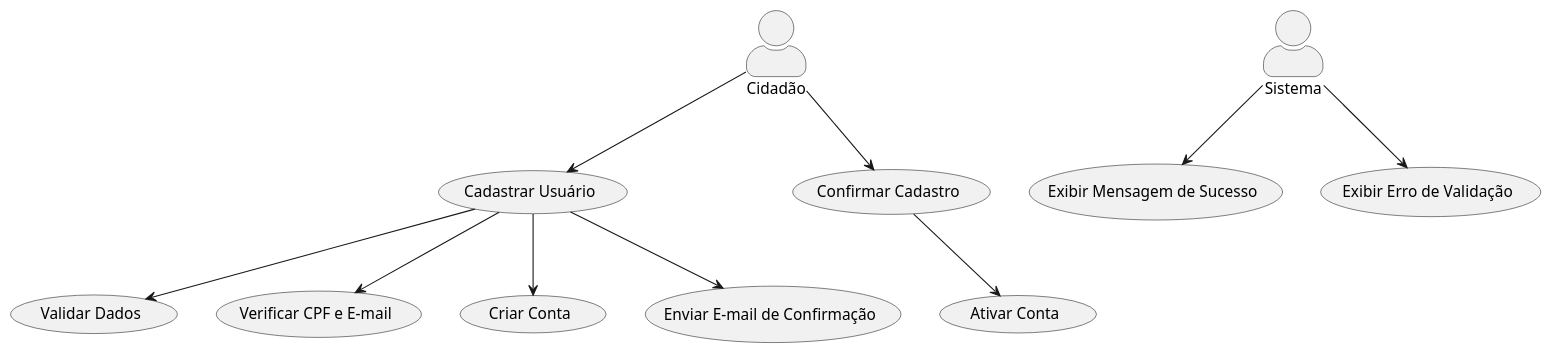
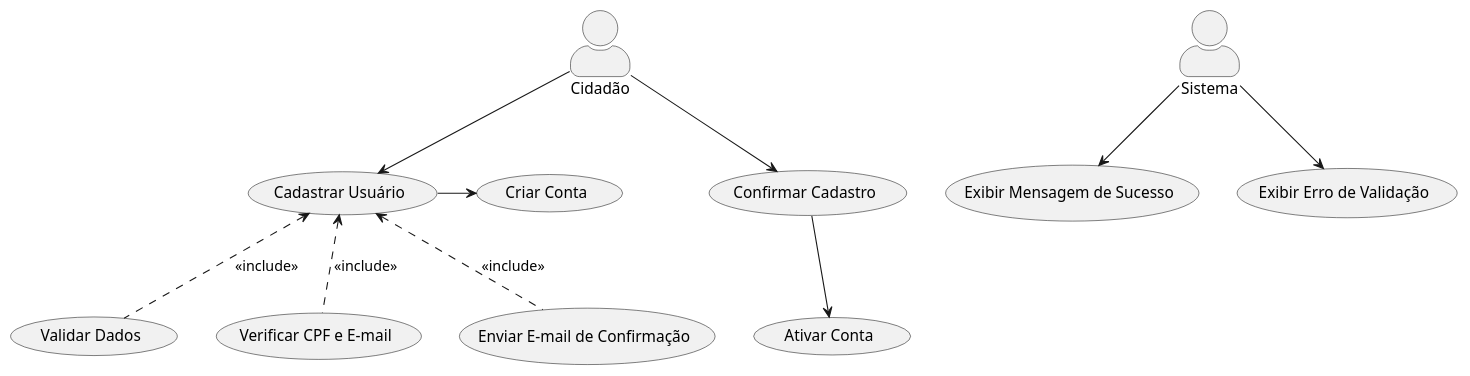
One commit to rafa-alves6/Reclama.se-AOO changed the first of 2 diagrams in modelos/UC_Cadastrar.md. Above: the diagram before and after it, drawn with PlantUML.

````diff
--- a/modelos/UC_Cadastrar.md
+++ b/modelos/UC_Cadastrar.md
@@ -31,21 +31,21 @@
 ```puml
 @startuml
 skinparam actorStyle awesome
 
 actor "Cidadão" as C
 actor "Sistema" as S
 
 C --> (Cadastrar Usuário)
-(Cadastrar Usuário) --> (Validar Dados)
-(Cadastrar Usuário) --> (Verificar CPF e E-mail)
-(Cadastrar Usuário) --> (Criar Conta)
-(Cadastrar Usuário) --> (Enviar E-mail de Confirmação)
+(Cadastrar Usuário) <.down. (Validar Dados) : <<include>>
+(Cadastrar Usuário) <.down. (Verificar CPF e E-mail) : <<include>>
+(Cadastrar Usuário) -> (Criar Conta)
+(Cadastrar Usuário) <.down. (Enviar E-mail de Confirmação) : <<include>>
 
 C --> (Confirmar Cadastro)
 (Confirmar Cadastro) --> (Ativar Conta)
 
 S -down-> (Exibir Mensagem de Sucesso)
 S -down-> (Exibir Erro de Validação)
 
 @enduml
 ```
````
